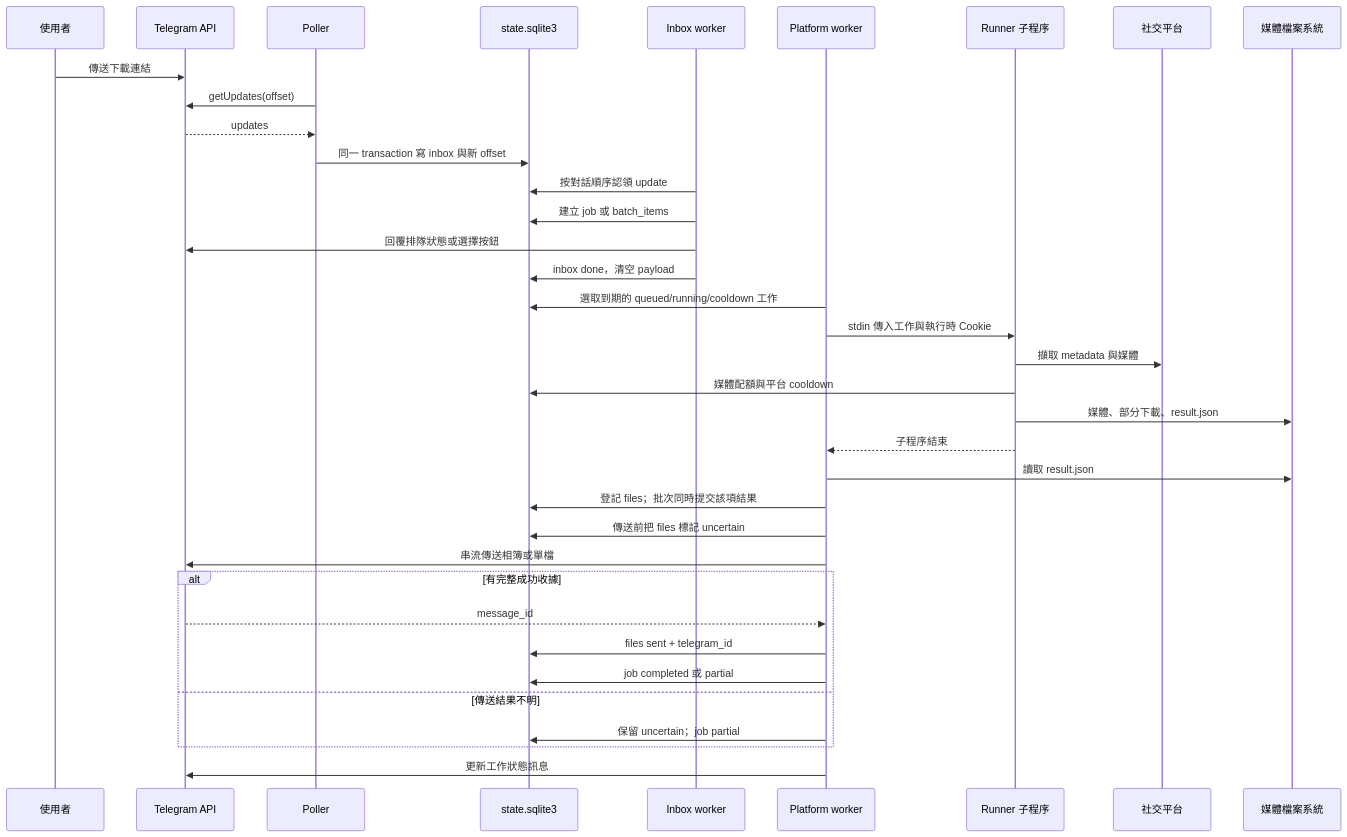
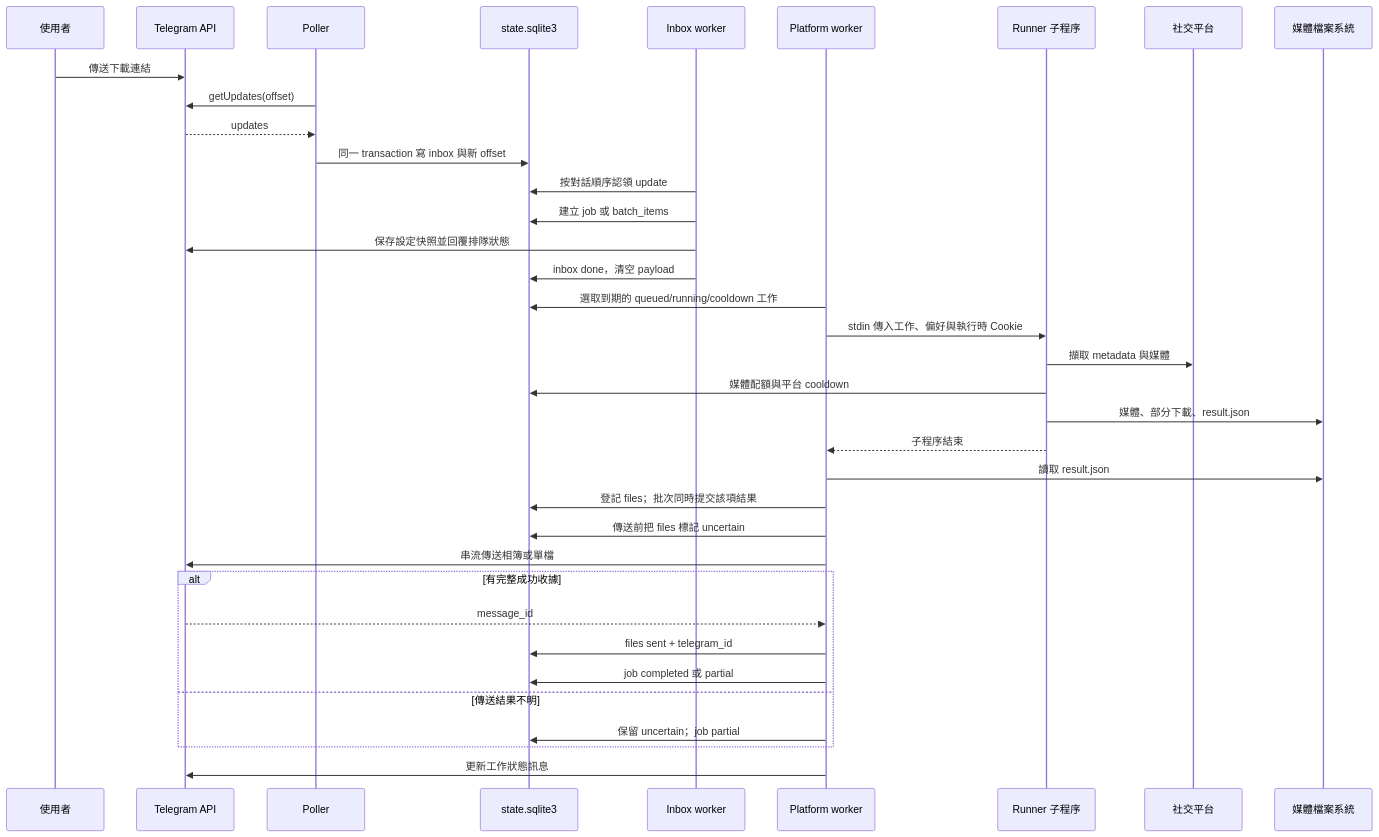
One commit to Senachi124/TelegramSocialDownloader changed the second of 6 diagrams in docs/architecture.md. Above: the diagram before and after it, drawn with Mermaid. The commit also changed other lines of this file and 29 other files, not shown here.

````diff
--- a/docs/architecture.md
+++ b/docs/architecture.md
@@ -53,38 +53,38 @@
 ```mermaid
 sequenceDiagram
     participant U as 使用者
     participant T as Telegram API
     participant P as Poller
     participant DB as state.sqlite3
     participant I as Inbox worker
     participant W as Platform worker
     participant R as Runner 子程序
     participant S as 社交平台
     participant FS as 媒體檔案系統
     U->>T: 傳送下載連結
     P->>T: getUpdates(offset)
     T-->>P: updates
     P->>DB: 同一 transaction 寫 inbox 與新 offset
     I->>DB: 按對話順序認領 update
     I->>DB: 建立 job 或 batch_items
-    I->>T: 回覆排隊狀態或選擇按鈕
+    I->>T: 保存設定快照並回覆排隊狀態
     I->>DB: inbox done，清空 payload
     W->>DB: 選取到期的 queued/running/cooldown 工作
-    W->>R: stdin 傳入工作與執行時 Cookie
+    W->>R: stdin 傳入工作、偏好與執行時 Cookie
     R->>S: 擷取 metadata 與媒體
     R->>DB: 媒體配額與平台 cooldown
     R->>FS: 媒體、部分下載、result.json
     R-->>W: 子程序結束
     W->>FS: 讀取 result.json
     W->>DB: 登記 files；批次同時提交該項結果
     W->>DB: 傳送前把 files 標記 uncertain
     W->>T: 串流傳送相簿或單檔
     alt 有完整成功收據
         T-->>W: message_id
         W->>DB: files sent + telegram_id
         W->>DB: job completed 或 partial
     else 傳送結果不明
         W->>DB: 保留 uncertain；job partial
     end
     W->>T: 更新工作狀態訊息
 ```
````
